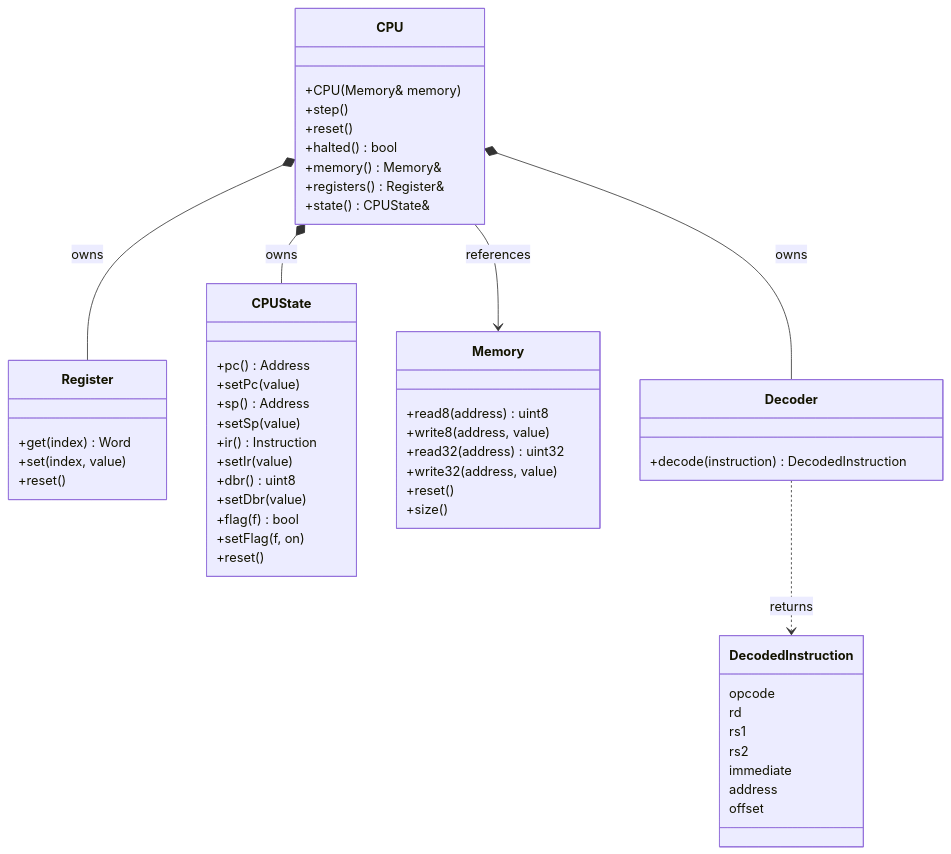
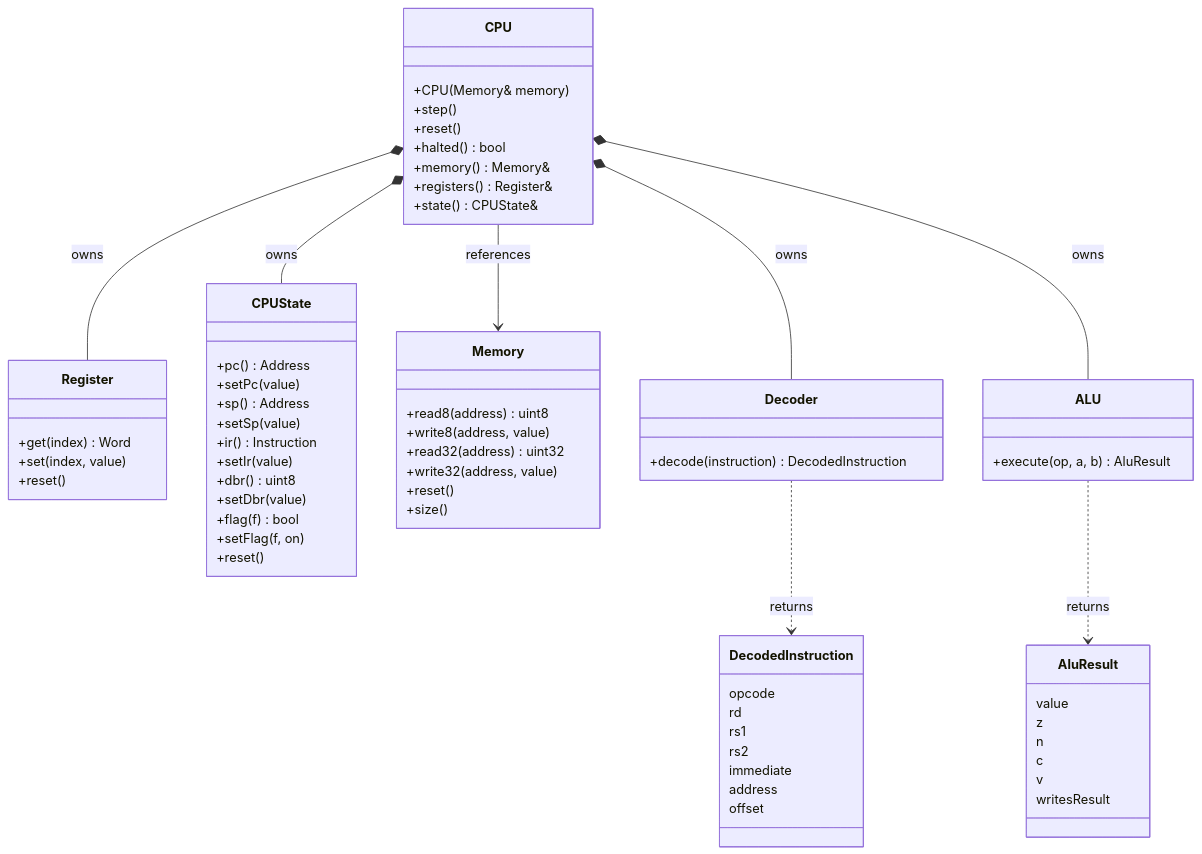
One commit to kpolet2010-hue/CoreSim changed the second of 4 diagrams in docs/ARCHITECTURE.md. Above: the diagram before and after it, drawn with Mermaid. The commit also changed other lines of this file and 18 other files, not shown here.

First line of the commit message:
feat(alu): add ALU and execute all ALU instructions in CPU

````diff
--- a/docs/ARCHITECTURE.md
+++ b/docs/ARCHITECTURE.md
@@ -50,56 +52,69 @@
 ```mermaid
 classDiagram
     class CPU {
         +CPU(Memory& memory)
         +step()
         +reset()
         +halted() bool
         +memory() Memory&
         +registers() Register&
         +state() CPUState&
     }
     class Register {
         +get(index) Word
         +set(index, value)
         +reset()
     }
     class CPUState {
         +pc() Address
         +setPc(value)
         +sp() Address
         +setSp(value)
         +ir() Instruction
         +setIr(value)
         +dbr() uint8
         +setDbr(value)
         +flag(f) bool
         +setFlag(f, on)
         +reset()
     }
     class Memory {
         +read8(address) uint8
         +write8(address, value)
         +read32(address) uint32
         +write32(address, value)
         +reset()
         +size()
     }
     class Decoder {
         +decode(instruction) DecodedInstruction
     }
     class DecodedInstruction {
         opcode
         rd
         rs1
         rs2
         immediate
         address
         offset
     }
+    class ALU {
+        +execute(op, a, b) AluResult
+    }
+    class AluResult {
+        value
+        z
+        n
+        c
+        v
+        writesResult
+    }
 
     CPU *-- Register : owns
     CPU *-- CPUState : owns
     CPU *-- Decoder : owns
+    CPU *-- ALU : owns
     CPU --> Memory : references
     Decoder ..> DecodedInstruction : returns
+    ALU ..> AluResult : returns
 ```
````
